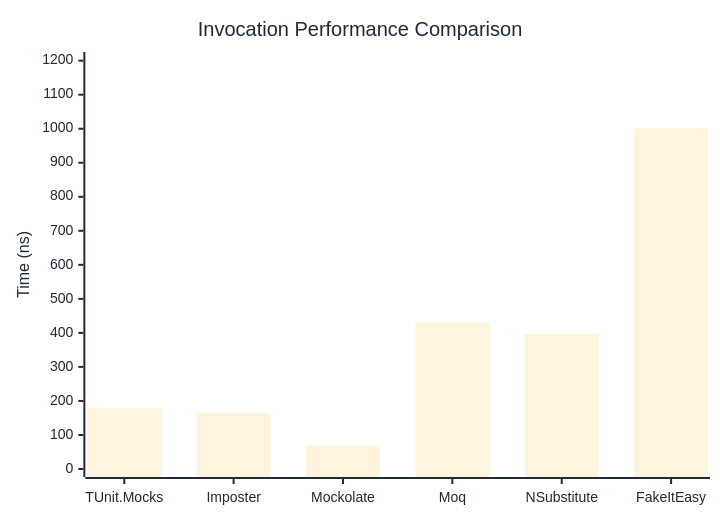
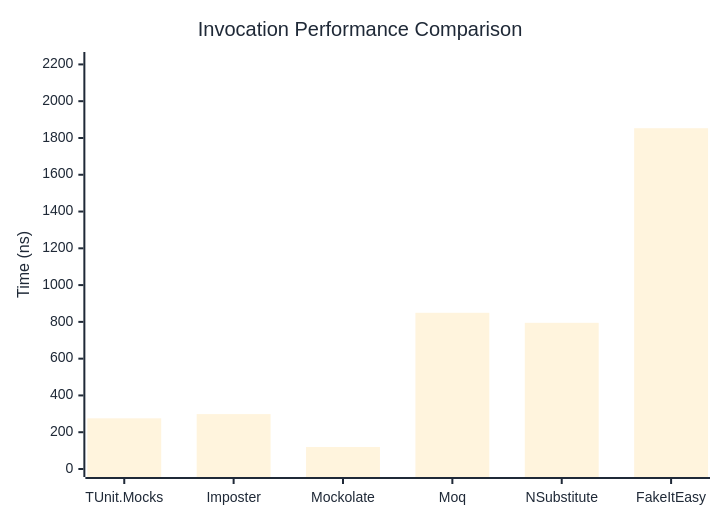
One commit to thomhurst/TUnit changed the first of 3 diagrams in docs/docs/benchmarks/mocks/Invocation.md. Above: the diagram before and after it, drawn with Mermaid. The commit also changed other lines of this file and 14 other files, not shown here.

````diff
--- a/docs/docs/benchmarks/mocks/Invocation.md
+++ b/docs/docs/benchmarks/mocks/Invocation.md
@@ -30,27 +30,27 @@
 ```mermaid
 %%{init: {
   'theme':'base',
   'themeVariables': {
     'primaryColor': '#2563eb',
     'primaryTextColor': '#1f2937',
     'primaryBorderColor': '#1e40af',
     'lineColor': '#6b7280',
     'secondaryColor': '#7c3aed',
     'tertiaryColor': '#dc2626',
     'background': '#ffffff',
     'pie1': '#2563eb',
     'pie2': '#7c3aed',
     'pie3': '#dc2626',
     'pie4': '#f59e0b',
     'pie5': '#10b981',
     'pie6': '#06b6d4',
     'pie7': '#ec4899',
     'pie8': '#6366f1'
   }
 }}%%
 xychart-beta
   title "Invocation Performance Comparison"
   x-axis ["TUnit.Mocks", "Imposter", "Mockolate", "Moq", "NSubstitute", "FakeItEasy"]
-  y-axis "Time (ns)" 0 --> 1202
-  bar [179.6, 165.1, 69.37, 430.67, 397.1, 1001.48]
+  y-axis "Time (ns)" 0 --> 2224
+  bar [275.52, 298.59, 119.63, 849.37, 794.92, 1853.11]
 ```
````
